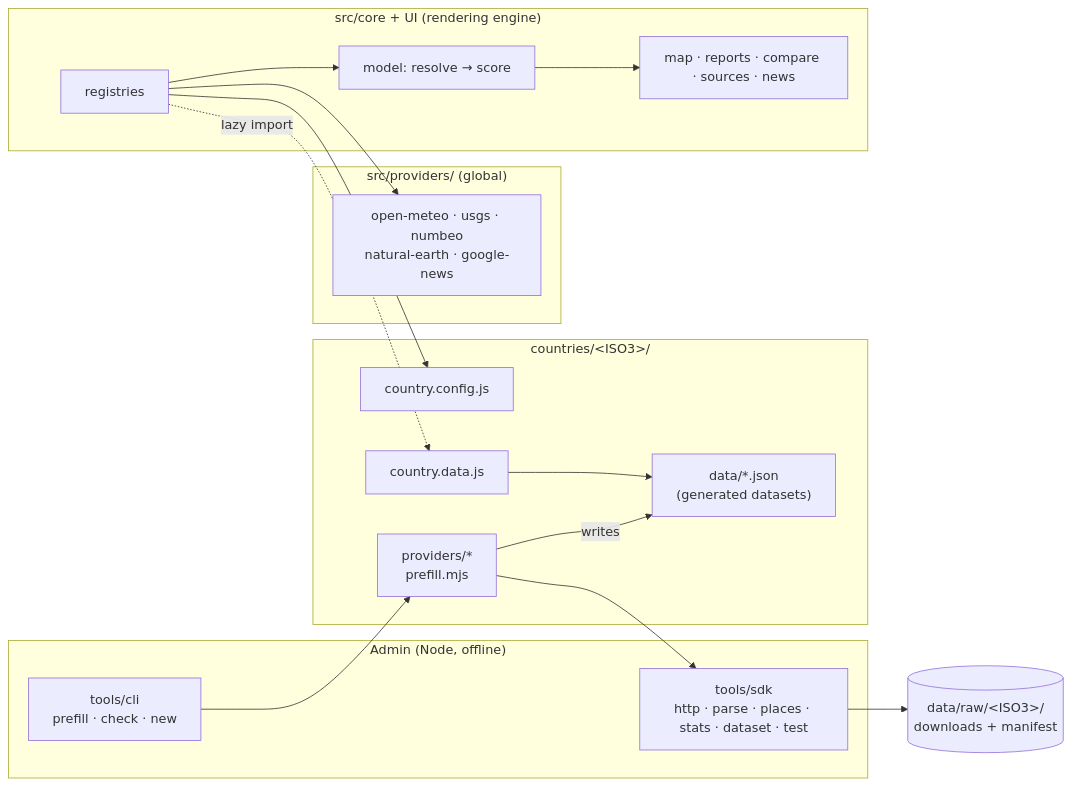
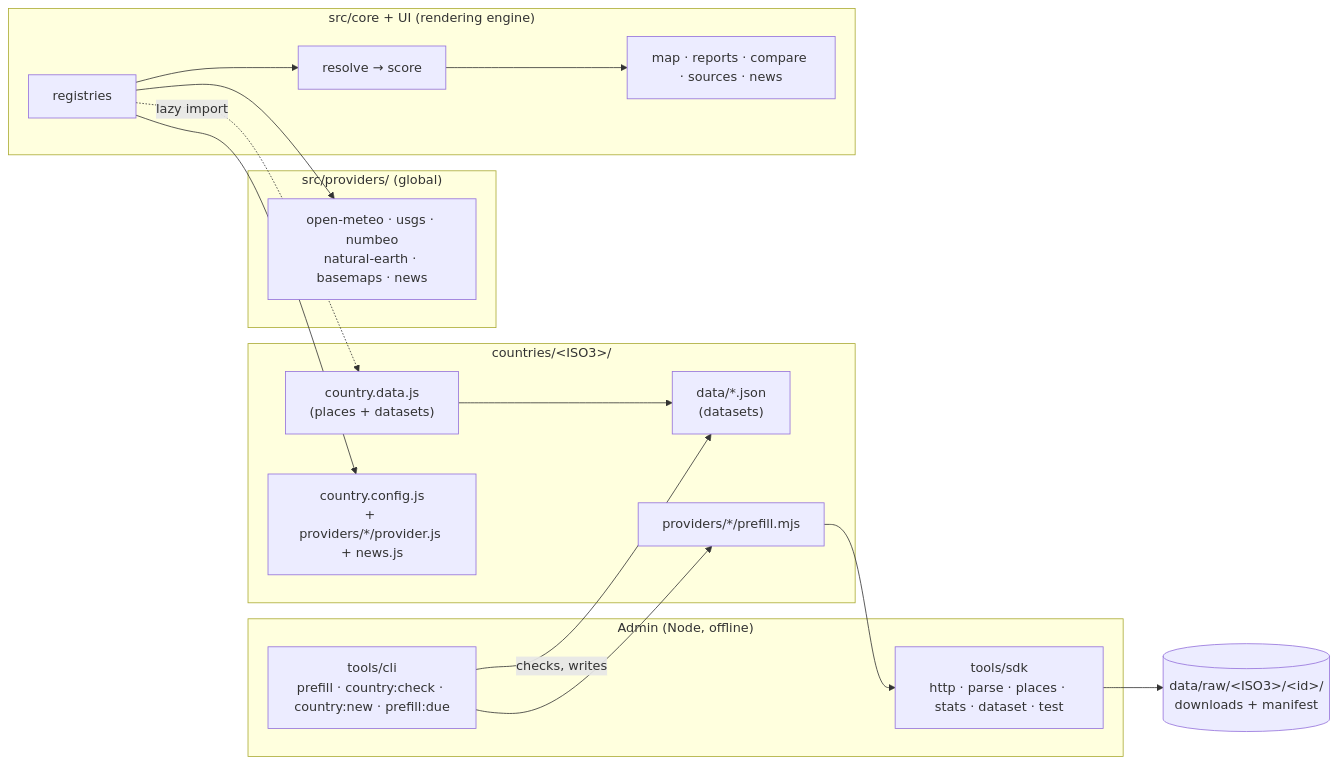
Before and after one commit to codealchemist/mapstats: the diagram in docs/architecture.md, drawn with Mermaid. The commit also changed other lines of this file and 3 other files, not shown here.

First line of the commit message:
Document the architecture as built

````diff
--- a/docs/architecture.md
+++ b/docs/architecture.md
@@ -42,32 +24,32 @@
 ```mermaid
 flowchart LR
   subgraph Admin["Admin (Node, offline)"]
-    CLI["tools/cli<br/>prefill · check · new"]
+    CLI["tools/cli<br/>prefill · country:check · country:new · prefill:due"]
     SDK["tools/sdk<br/>http · parse · places · stats · dataset · test"]
   end
   subgraph Countries["countries/&lt;ISO3&gt;/"]
-    CFG["country.config.js"]
-    PRV["providers/*<br/>prefill.mjs"]
-    DATA["data/*.json<br/>(generated datasets)"]
-    CD["country.data.js"]
+    CFG["country.config.js<br/>+ providers/*/provider.js + news.js"]
+    PRV["providers/*/prefill.mjs"]
+    DATA["data/*.json<br/>(datasets)"]
+    CD["country.data.js<br/>(places + datasets)"]
   end
   subgraph Shared["src/providers/ (global)"]
-    GP["open-meteo · usgs · numbeo<br/>natural-earth · google-news"]
+    GP["open-meteo · usgs · numbeo<br/>natural-earth · basemaps · news"]
   end
   subgraph Core["src/core + UI (rendering engine)"]
     REG["registries"]
-    MODEL["model: resolve → score"]
+    MODEL["resolve → score"]
     UI["map · reports · compare · sources · news"]
   end
-  RAW[("data/raw/&lt;ISO3&gt;/<br/>downloads + manifest")]
+  RAW[("data/raw/&lt;ISO3&gt;/&lt;id&gt;/<br/>downloads + manifest")]
 
   CLI --> PRV
   PRV --> SDK
   SDK --> RAW
-  PRV -- writes --> DATA
+  CLI -- checks, writes --> DATA
   CD --> DATA
   REG --> CFG
   REG -. lazy import .-> CD
   REG --> GP
   REG --> MODEL --> UI
 ```
````
